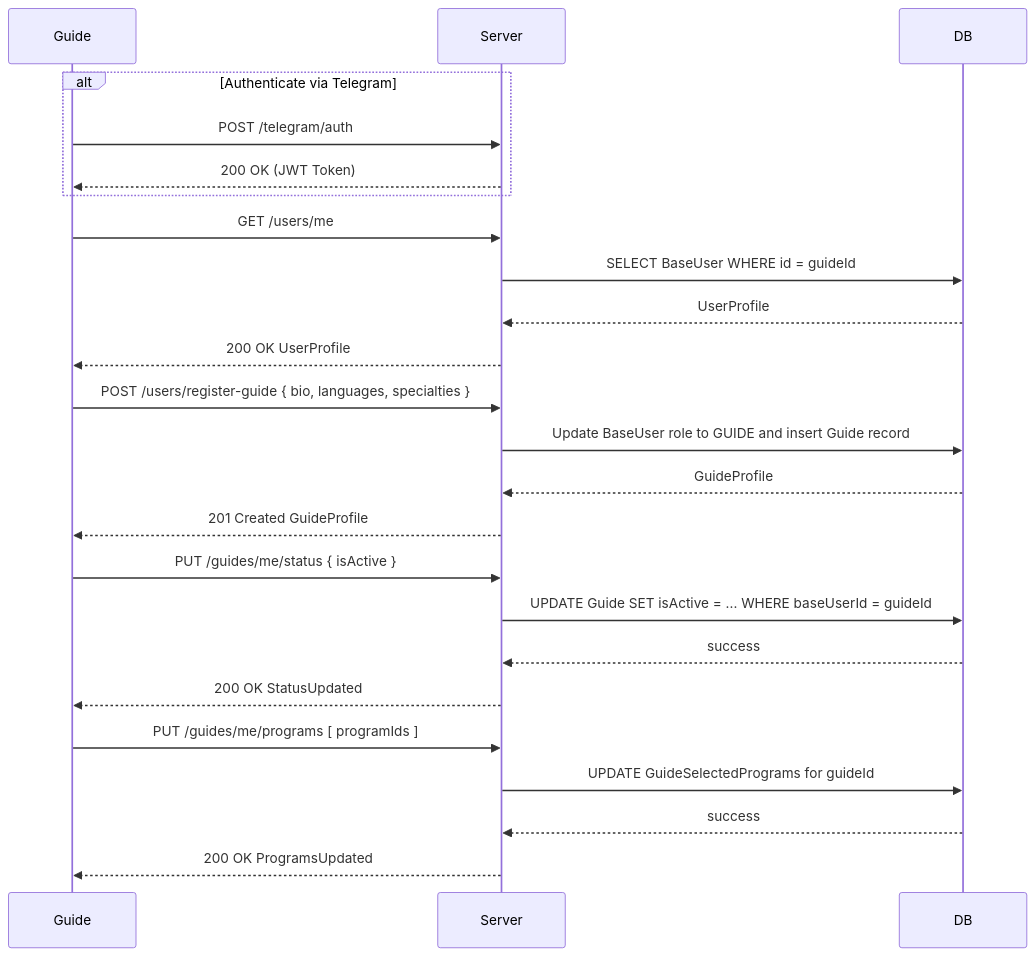
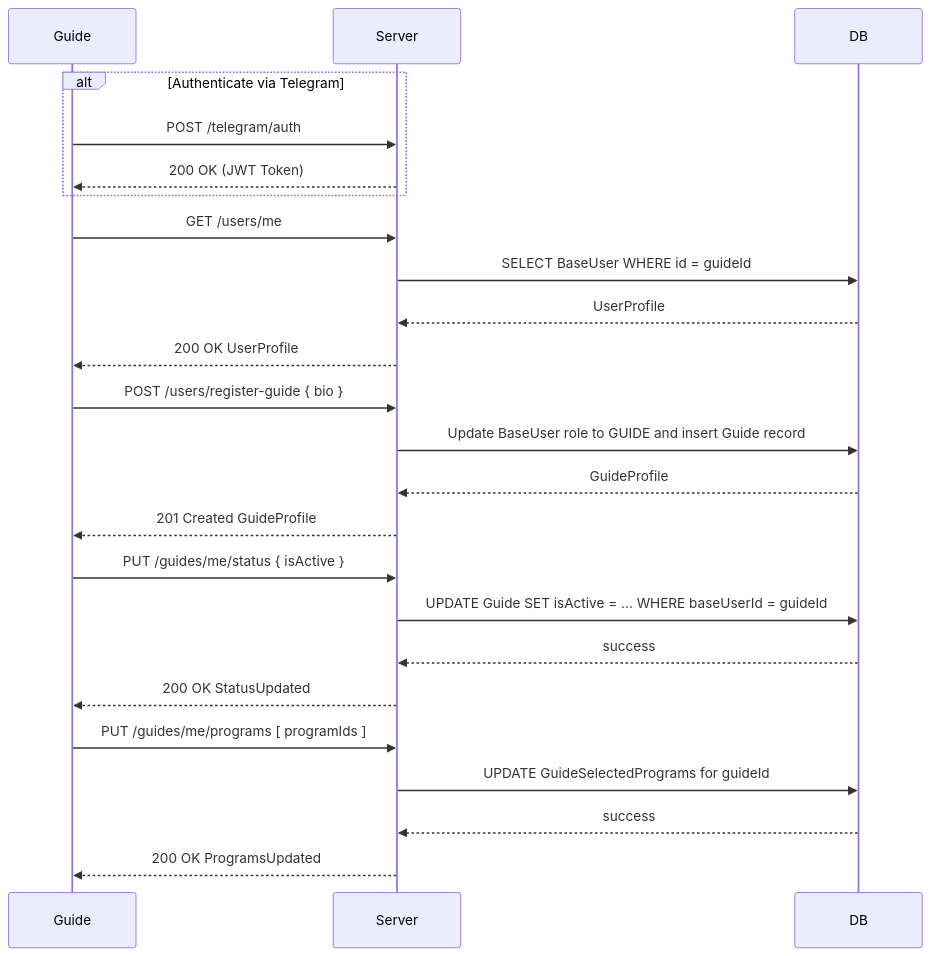
Before and after one commit to vegasLas/trip-back: the second of 12 diagrams in mermaid/guide.md, drawn with Mermaid. The commit also changed 10 other files, not shown here.

````diff
--- a/mermaid/guide.md
+++ b/mermaid/guide.md
@@ -51,26 +51,26 @@
 ```mermaid
 sequenceDiagram
     participant Guide
     participant API as Server
     participant DB
     alt Authenticate via Telegram
         Guide->>API: POST /telegram/auth
         API-->>Guide: 200 OK (JWT Token)
     end
     Guide->>API: GET /users/me
     API->>DB: SELECT BaseUser WHERE id = guideId
     DB-->>API: UserProfile
     API-->>Guide: 200 OK UserProfile
-    Guide->>API: POST /users/register-guide { bio, languages, specialties }
+    Guide->>API: POST /users/register-guide { bio }
     API->>DB: Update BaseUser role to GUIDE and insert Guide record
     DB-->>API: GuideProfile
     API-->>Guide: 201 Created GuideProfile
     Guide->>API: PUT /guides/me/status { isActive }
     API->>DB: UPDATE Guide SET isActive = ... WHERE baseUserId = guideId
     DB-->>API: success
     API-->>Guide: 200 OK StatusUpdated
     Guide->>API: PUT /guides/me/programs [ programIds ]
     API->>DB: UPDATE GuideSelectedPrograms for guideId
     DB-->>API: success
     API-->>Guide: 200 OK ProgramsUpdated
 ```
````
